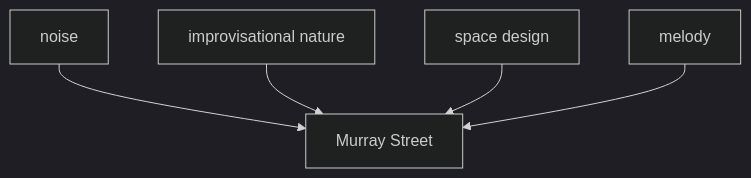
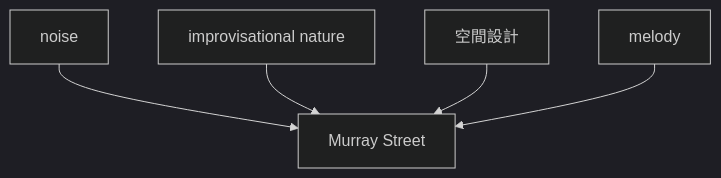
Before and after one commit to monumental-movement/monumental-movement.github.io: the fourth of 7 diagrams in en/_posts/2026-05-24-column-jim-o-rourke.md, drawn with Mermaid (dark theme). The commit also changed other lines of this file and 423 other files, not shown here.

```diff
--- a/en/_posts/2026-05-24-column-jim-o-rourke.md
+++ b/en/_posts/2026-05-24-column-jim-o-rourke.md
@@ -242,7 +242,7 @@
 <div class="mermaid">
 flowchart TD
 A[noise] --> D[Murray Street]
 B[improvisational nature] --> D
-C[space design] --> D
+C[空間設計] --> D
 E[melody] --> D
 </div>
```
